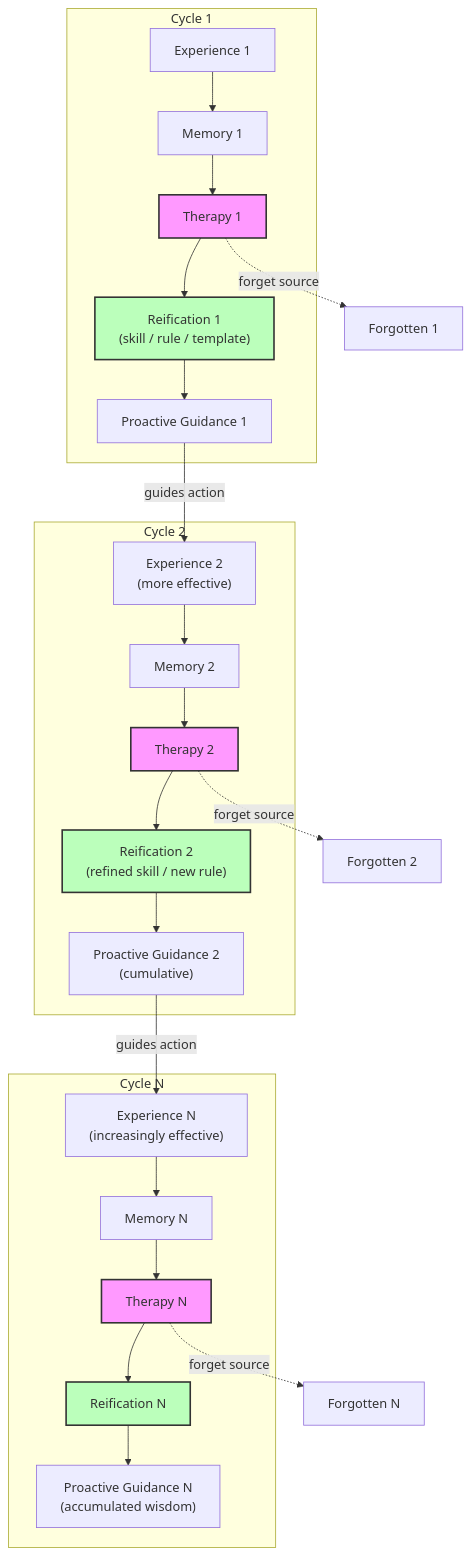
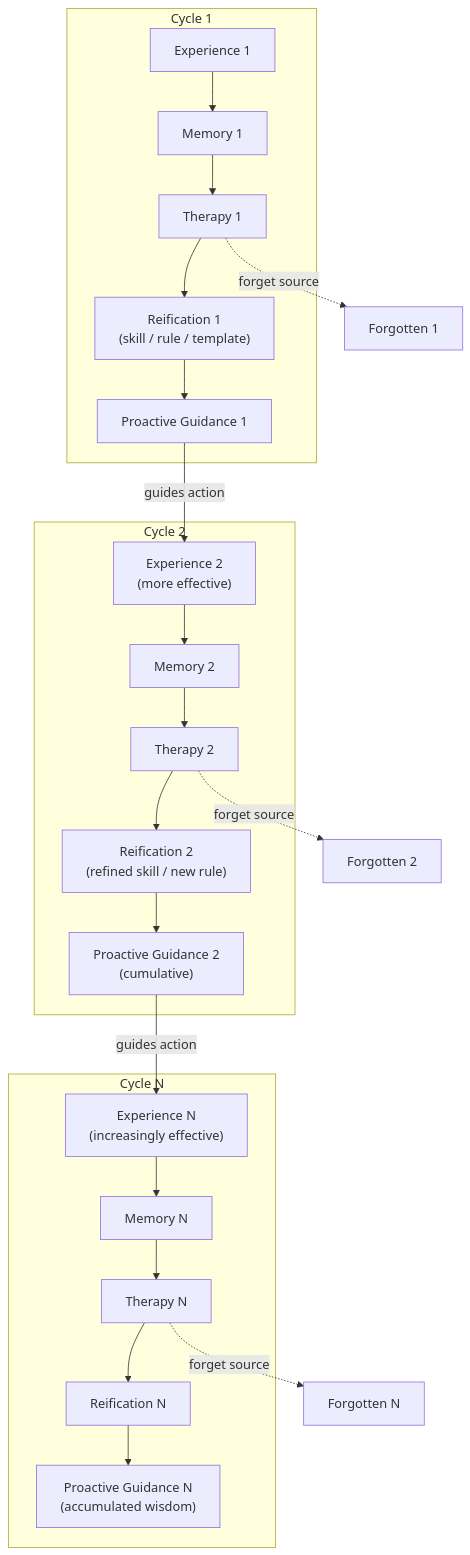
One commit to mdz-axo/zed-kask changed the sixth of 9 diagrams in kask/docs/architecture/memory-system-and-therapy.md. Above: the diagram before and after it, drawn with Mermaid. The commit also changed other lines of this file and 34 other files, not shown here.

````diff
--- a/kask/docs/architecture/memory-system-and-therapy.md
+++ b/kask/docs/architecture/memory-system-and-therapy.md
@@ -259,36 +299,29 @@
 ```mermaid
 graph TD
     subgraph "Cycle 1"
         E1["Experience 1"] --> M1["Memory 1"]
         M1 --> T1["Therapy 1"]
         T1 --> R1["Reification 1<br/>(skill / rule / template)"]
         R1 --> G1["Proactive Guidance 1"]
     end
 
     subgraph "Cycle 2"
         G1 -->|guides action| E2["Experience 2<br/>(more effective)"]
         E2 --> M2["Memory 2"]
         M2 --> T2["Therapy 2"]
         T2 --> R2["Reification 2<br/>(refined skill / new rule)"]
         R2 --> G2["Proactive Guidance 2<br/>(cumulative)"]
     end
 
     subgraph "Cycle N"
         G2 -->|guides action| EN["Experience N<br/>(increasingly effective)"]
         EN --> MN["Memory N"]
         MN --> TN["Therapy N"]
         TN --> RN["Reification N"]
         RN --> GN["Proactive Guidance N<br/>(accumulated wisdom)"]
     end
 
     T1 -.->|forget source| F1["Forgotten 1"]
     T2 -.->|forget source| F2["Forgotten 2"]
     TN -.->|forget source| FN["Forgotten N"]
-
-    style T1 fill:#f9f,stroke:#333,stroke-width:2px
-    style T2 fill:#f9f,stroke:#333,stroke-width:2px
-    style TN fill:#f9f,stroke:#333,stroke-width:2px
-    style R1 fill:#bfb,stroke:#333,stroke-width:2px
-    style R2 fill:#bfb,stroke:#333,stroke-width:2px
-    style RN fill:#bfb,stroke:#333,stroke-width:2px
 ```
````
